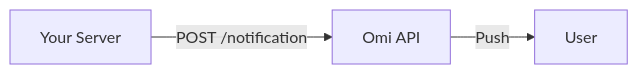
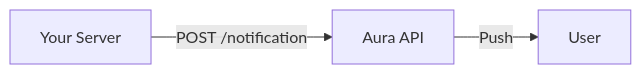
One commit to thesohamdatta/Aura-Wearable-AI changed the first of 2 diagrams in docs/doc/developer/apps/Notifications.mdx. Above: the diagram before and after it, drawn with Mermaid. The commit also changed other lines of this file and 161 other files, not shown here.

Commit message:
chore: sanitize Omi branding to Aura across repository

````diff
--- a/docs/doc/developer/apps/Notifications.mdx
+++ b/docs/doc/developer/apps/Notifications.mdx
@@ -21,5 +21,5 @@
 ```mermaid
 flowchart LR
-    A[Your Server] -->|POST /notification| O[Omi API]
+    A[Your Server] -->|POST /notification| O[Aura API]
     O -->|Push| U[User]
 ```
````
